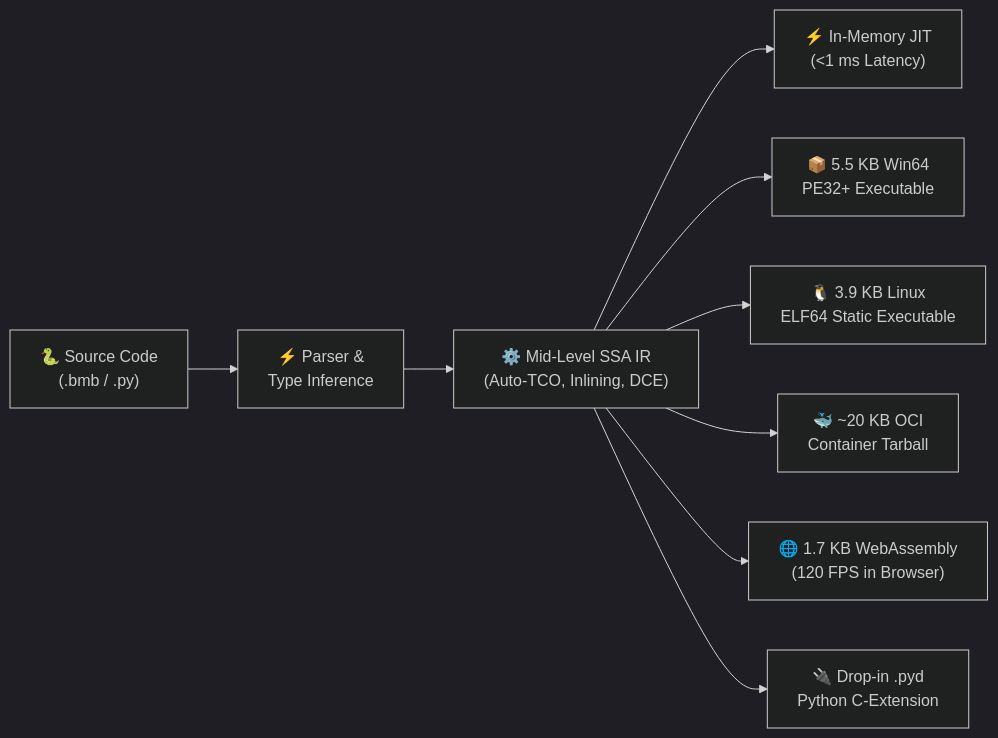
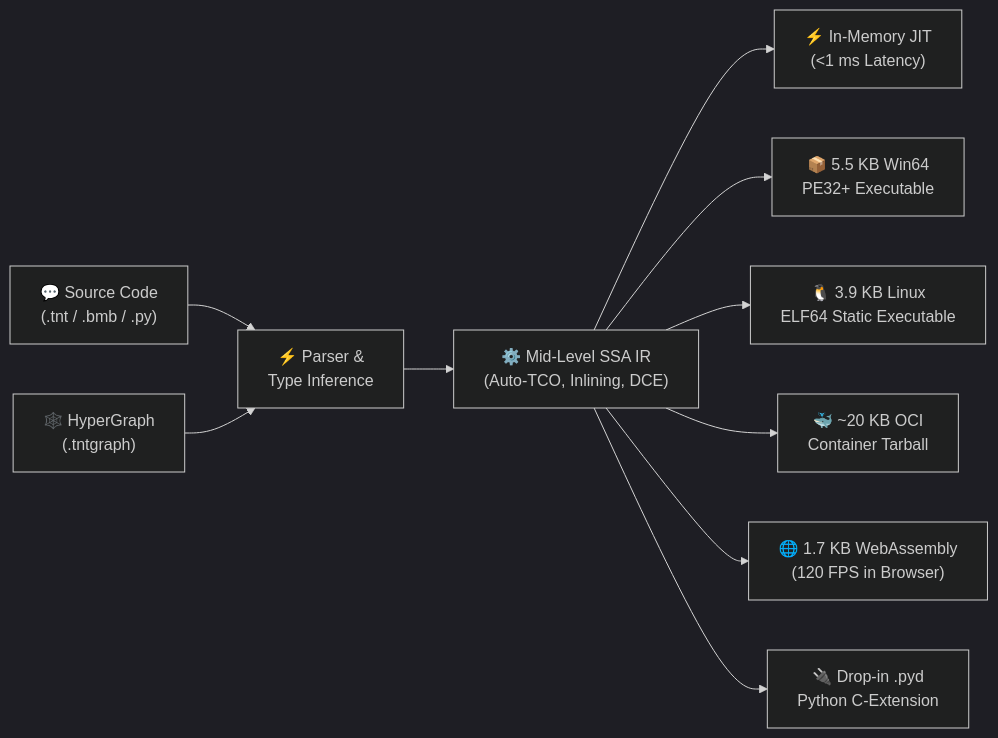
The first of 4 diagrams in README.md (kicode01/blackmamba-lang), drawn with Mermaid (dark theme) before and after one commit. The commit also changed other lines of this file and 9 other files, not shown here.

````diff
--- a/README.md
+++ b/README.md
@@ -55,12 +64,13 @@
 ```mermaid
 flowchart LR
-    SRC["🐍 Source Code\n(.bmb / .py)"] --> PARSE["⚡ Parser &\nType Inference"]
+    SRC["💬 Source Code\n(.tnt / .bmb / .py)"] --> PARSE["⚡ Parser &\nType Inference"]
+    GRAPH["🕸️ HyperGraph\n(.tntgraph)"] --> PARSE
     PARSE --> MIR["⚙️ Mid-Level SSA IR\n(Auto-TCO, Inlining, DCE)"]
     
     MIR --> JIT["⚡ In-Memory JIT\n(<1 ms Latency)"]
     MIR --> EXE["📦 5.5 KB Win64\nPE32+ Executable"]
     MIR --> ELF["🐧 3.9 KB Linux\nELF64 Static Executable"]
     MIR --> OCI["🐳 ~20 KB OCI\nContainer Tarball"]
     MIR --> WASM["🌐 1.7 KB WebAssembly\n(120 FPS in Browser)"]
     MIR --> PYD["🔌 Drop-in .pyd\nPython C-Extension"]
 ```
````
